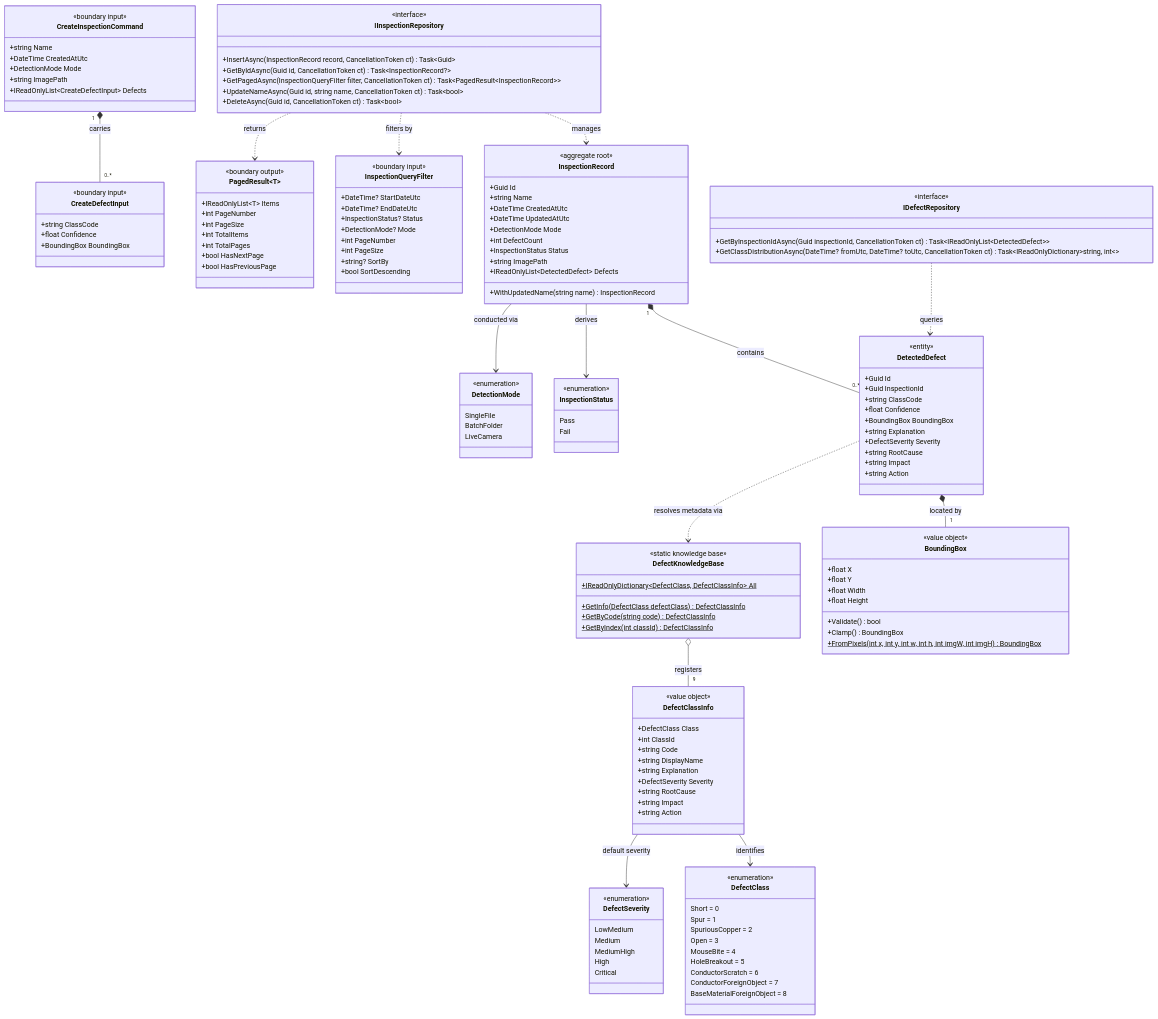
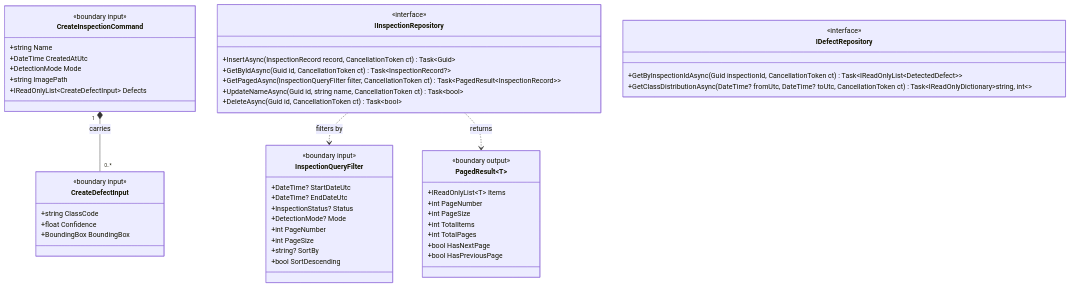
Before and after one commit to ricky-kiva/pcb-deftek: the third of 3 diagrams in specs/2026-11-10-domain-models-database-persistence/resources/domain-model.md, drawn with Mermaid.

Commit message:
docs(specs): decompose domain model into focused bounded context diagrams
- Split monolithic domain diagram into 3 focused, purpose-built diagrams:
  1. Core Inspection Aggregate (InspectionRecord, DetectedDefect, BoundingBox)
  2. Defect Classification & Static Knowledge Base (DefectClass, DefectKnowledgeBase, DEFECT_KB)
  3. Application Boundaries & Repository Contracts (Commands, Filters, Repositories)
- Enhance readability, layout predictability, and separation of concerns

````diff
--- a/specs/2026-11-10-domain-models-database-persistence/resources/domain-model.md
+++ b/specs/2026-11-10-domain-models-database-persistence/resources/domain-model.md
@@ -6,105 +144,6 @@
 classDiagram
     direction TB
 
-    %% Enums
-    class DefectClass {
-        <<enumeration>>
-        Short = 0
-        Spur = 1
-        SpuriousCopper = 2
-        Open = 3
-        MouseBite = 4
-        HoleBreakout = 5
-        ConductorScratch = 6
-        ConductorForeignObject = 7
-        BaseMaterialForeignObject = 8
-    }
-
-    class DefectSeverity {
-        <<enumeration>>
-        LowMedium
-        Medium
-        MediumHigh
-        High
-        Critical
-    }
-
-    class InspectionStatus {
-        <<enumeration>>
-        Pass
-        Fail
-    }
-
-    class DetectionMode {
-        <<enumeration>>
-        SingleFile
-        BatchFolder
-        LiveCamera
-    }
-
-    %% Value Objects
-    class BoundingBox {
-        <<value object>>
-        +float X
-        +float Y
-        +float Width
-        +float Height
-        +Validate() bool
-        +Clamp() BoundingBox
-        +FromPixels(int x, int y, int w, int h, int imgW, int imgH)$ BoundingBox
-    }
-
-    class DefectClassInfo {
-        <<value object>>
-        +DefectClass Class
-        +int ClassId
-        +string Code
-        +string DisplayName
-        +string Explanation
-        +DefectSeverity Severity
-        +string RootCause
-        +string Impact
-        +string Action
-    }
-
-    class DefectKnowledgeBase {
-        <<static knowledge base>>
-        +IReadOnlyDictionary~DefectClass, DefectClassInfo~ All$
-        +GetInfo(DefectClass defectClass)$ DefectClassInfo
-        +GetByCode(string code)$ DefectClassInfo
-        +GetByIndex(int classId)$ DefectClassInfo
-    }
-
-    %% Entities & Aggregates
-    class DetectedDefect {
-        <<entity>>
-        +Guid Id
-        +Guid InspectionId
-        +string ClassCode
-        +float Confidence
-        +BoundingBox BoundingBox
-        +string Explanation
-        +DefectSeverity Severity
-        +string RootCause
-        +string Impact
-        +string Action
-    }
-
-    class InspectionRecord {
-        <<aggregate root>>
-        +Guid Id
-        +string Name
-        +DateTime CreatedAtUtc
-        +DateTime UpdatedAtUtc
-        +DetectionMode Mode
-        +int DefectCount
-        +InspectionStatus Status
-        +string ImagePath
-        +IReadOnlyList~DetectedDefect~ Defects
-        +WithUpdatedName(string name) InspectionRecord
-    }
-
-    %% Input / Output Boundary Contracts (API & Interface Design)
     class CreateInspectionCommand {
         <<boundary input>>
         +string Name
@@ -144,7 +183,6 @@
         +bool HasPreviousPage
     }
 
-    %% Repository Interfaces
     class IInspectionRepository {
         <<interface>>
         +InsertAsync(InspectionRecord record, CancellationToken ct) Task~Guid~
@@ -160,19 +198,7 @@
         +GetClassDistributionAsync(DateTime? fromUtc, DateTime? toUtc, CancellationToken ct) Task~IReadOnlyDictionary~string, int~~
     }
 
-    %% Relationships
-    InspectionRecord "1" *-- "0..*" DetectedDefect : contains
-    InspectionRecord --> InspectionStatus : derives
-    InspectionRecord --> DetectionMode : conducted via
-    DetectedDefect *-- "1" BoundingBox : located by
-    DetectedDefect ..> DefectKnowledgeBase : resolves metadata via
-    DefectKnowledgeBase o-- "9" DefectClassInfo : registers
-    DefectClassInfo --> DefectClass : identifies
-    DefectClassInfo --> DefectSeverity : default severity
-
     CreateInspectionCommand "1" *-- "0..*" CreateDefectInput : carries
-    IInspectionRepository ..> InspectionRecord : manages
     IInspectionRepository ..> InspectionQueryFilter : filters by
     IInspectionRepository ..> PagedResult~T~ : returns
-    IDefectRepository ..> DetectedDefect : queries
 ```
````
